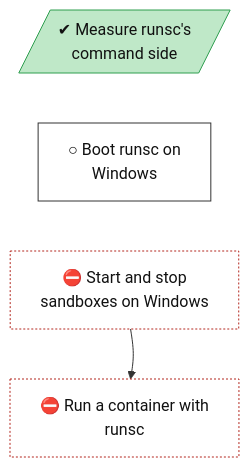
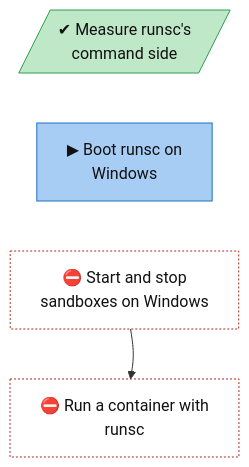
One commit to lhns/gvisor-windows changed the diagram in docs/roadmap/tracks/runsc.md. Above: the diagram before and after it, drawn with Mermaid. The commit also changed other lines of this file and 7 other files, not shown here.

````diff
--- a/docs/roadmap/tracks/runsc.md
+++ b/docs/roadmap/tracks/runsc.md
@@ -10,28 +10,28 @@
 ```mermaid
 flowchart TB
     runsc_measure_cli[/"✔ Measure runsc's<br/>command side"/]
-    runsc_windows_boot["○ Boot runsc on<br/>Windows"]
+    runsc_windows_boot["▶ Boot runsc on<br/>Windows"]
     runsc_sandbox_lifecycle["⛔ Start and stop<br/>sandboxes on Windows"]
     runsc_container_on_windows["⛔ Run a container with<br/>runsc"]
     runsc_measure_cli ~~~ runsc_windows_boot
     runsc_windows_boot ~~~ runsc_sandbox_lifecycle
     runsc_sandbox_lifecycle ~~~ runsc_container_on_windows
     runsc_sandbox_lifecycle --> runsc_container_on_windows
     classDef vsucc fill:#2e9e4f,stroke:#1b6b34,color:#fff
     classDef succ fill:#bfe8c8,stroke:#2e9e4f,color:#111
     classDef mixed fill:#ffd37a,stroke:#c98a00,color:#111
     classDef bad fill:#f28b82,stroke:#b3261e,color:#111
     classDef dead fill:#e6e6e6,stroke:#777,stroke-dasharray:5 5,color:#555
     classDef inprog fill:#a8cdf5,stroke:#1f6fc5,color:#111
     classDef next fill:#fff,stroke:#333,color:#111
     classDef blocked fill:#fff,stroke:#b3261e,stroke-dasharray:2 2,color:#111
     classDef parked fill:#f3f3f3,stroke:#999,color:#555
     classDef unrated fill:#fff,stroke:#333,stroke-dasharray:1 3,color:#111
     classDef gate fill:#d9c2f0,stroke:#7b3fb5,color:#111
     classDef decided fill:#ece0f7,stroke:#7b3fb5,stroke-dasharray:2 2,color:#111
     classDef finding fill:#ffe0b2,stroke:#d84315,stroke-width:2px,color:#111
     classDef waiting fill:#e3f2fd,stroke:#1f6fc5,stroke-dasharray:5 5,color:#111
     class runsc_measure_cli succ
-    class runsc_windows_boot next
+    class runsc_windows_boot inprog
     class runsc_sandbox_lifecycle,runsc_container_on_windows blocked
 ```
````
